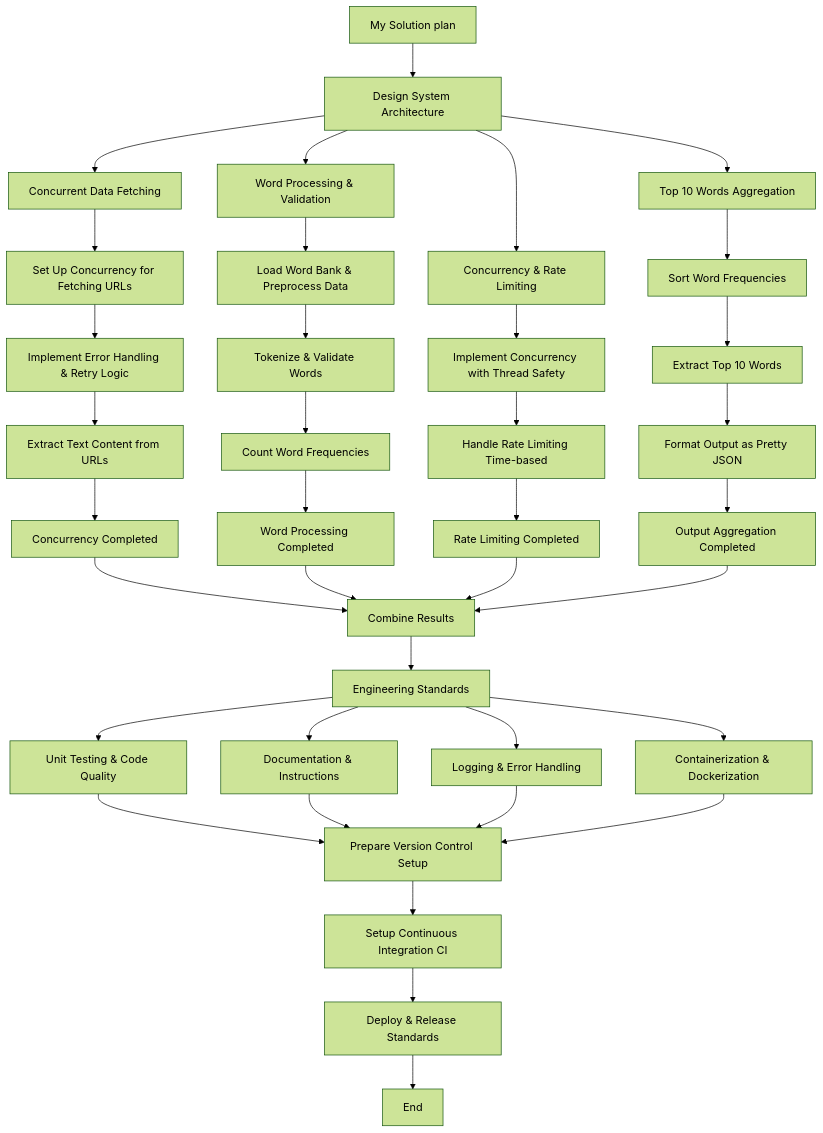
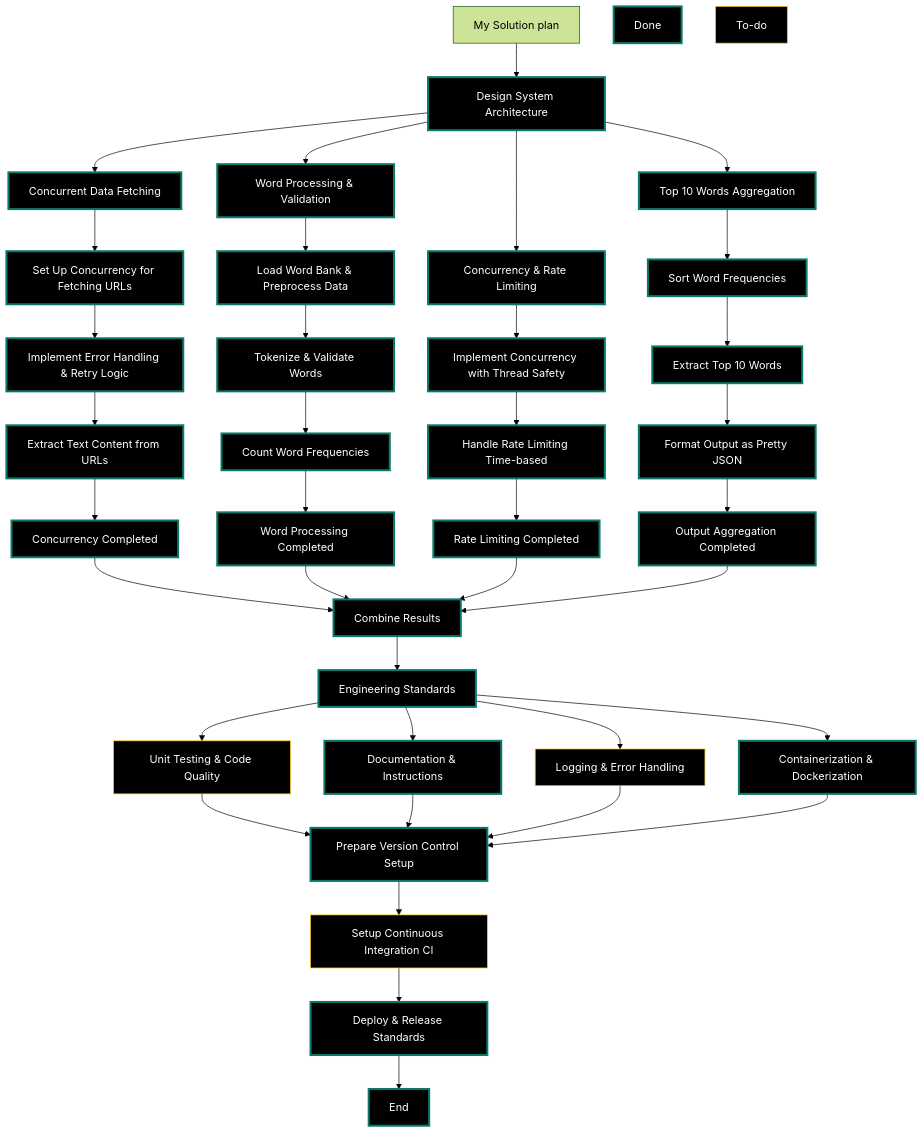
One commit to seferovramin7/WordCounterProject changed the diagram in README.md. Above: the diagram before and after it, drawn with Mermaid (forest theme). The commit also changed 1 other file, not shown here.

````diff
--- a/README.md
+++ b/README.md
@@ -5,49 +5,56 @@
 ```mermaid
 graph TD
-   A[My Solution plan] --> C[Design System Architecture]
+   A[My Solution plan] --> C[Design System Architecture]:::green
 
-   C --> D1[Concurrent Data Fetching]
-   C --> D2[Word Processing & Validation]
-   C --> D3[Concurrency & Rate Limiting]
-   C --> D4[Top 10 Words Aggregation]
+   C --> D1[Concurrent Data Fetching]:::green
+   C --> D2[Word Processing & Validation]:::green
+   C --> D3[Concurrency & Rate Limiting]:::green
+   C --> D4[Top 10 Words Aggregation]:::green
 
-   D1 --> E1[Set Up Concurrency for Fetching URLs]
-   E1 --> F1[Implement Error Handling & Retry Logic]
-   F1 --> G1[Extract Text Content from URLs]
+   D1 --> E1[Set Up Concurrency for Fetching URLs]:::green
+   E1 --> F1[Implement Error Handling & Retry Logic]:::green
+   F1 --> G1[Extract Text Content from URLs]:::green
 
-   D2 --> E2[Load Word Bank & Preprocess Data]
-   E2 --> F2[Tokenize & Validate Words]
-   F2 --> G2[Count Word Frequencies]
+   D2 --> E2[Load Word Bank & Preprocess Data]:::green
+   E2 --> F2[Tokenize & Validate Words]:::green
+   F2 --> G2[Count Word Frequencies]:::green
 
-   D3 --> E3[Implement Concurrency with Thread Safety]
-   E3 --> F3[Handle Rate Limiting Time-based]
+   D3 --> E3[Implement Concurrency with Thread Safety]:::green
+   E3 --> F3[Handle Rate Limiting Time-based]:::green
 
-   D4 --> E4[Sort Word Frequencies]
-   E4 --> F4[Extract Top 10 Words]
-   F4 --> G4[Format Output as Pretty JSON]
+   D4 --> E4[Sort Word Frequencies]:::green
+   E4 --> F4[Extract Top 10 Words]:::green
+   F4 --> G4[Format Output as Pretty JSON]:::green
 
-   G1 --> H1[Concurrency Completed]
-   G2 --> H2[Word Processing Completed]
-   F3 --> H3[Rate Limiting Completed]
-   G4 --> H4[Output Aggregation Completed]
+   G1 --> H1[Concurrency Completed]:::green
+   G2 --> H2[Word Processing Completed]:::green
+   F3 --> H3[Rate Limiting Completed]:::green
+   G4 --> H4[Output Aggregation Completed]:::green
 
-   H1 --> I[Combine Results]
+   H1 --> I[Combine Results]:::green
    H2 --> I
    H3 --> I
    H4 --> I
 
-   I --> J[Engineering Standards]
-   J --> K1[Unit Testing & Code Quality]
-   J --> K2[Documentation & Instructions]
-   J --> K3[Logging & Error Handling]
-   J --> K4[Containerization & Dockerization]
+   I --> J[Engineering Standards]:::green
+   J --> K1[Unit Testing & Code Quality]:::yellow
+   J --> K2[Documentation & Instructions]:::green
+   J --> K3[Logging & Error Handling]:::yellow
+   J --> K4[Containerization & Dockerization]:::green
 
-   K1 --> L[Prepare Version Control Setup]
+   K1 --> L[Prepare Version Control Setup]:::green
    K2 --> L
    K3 --> L
    K4 --> L
 
-   L --> M[Setup Continuous Integration CI]
-   M --> N[Deploy & Release Standards]
-   N --> O[End]
+   L --> M[Setup Continuous Integration CI]:::yellow
+   M --> N[Deploy & Release Standards]:::green
+   N --> O[End]:::green
+
+%% Color Definitions
+   classDef green fill:#000,color:#fff,stroke:#097969,stroke-width:3px;
+   classDef yellow fill:#000,color:#fff,stroke:#FFC300,stroke-width:1px;
+
+   ZZ[Done]:::green
+   ZF[To-do]:::yellow
 ```
````
